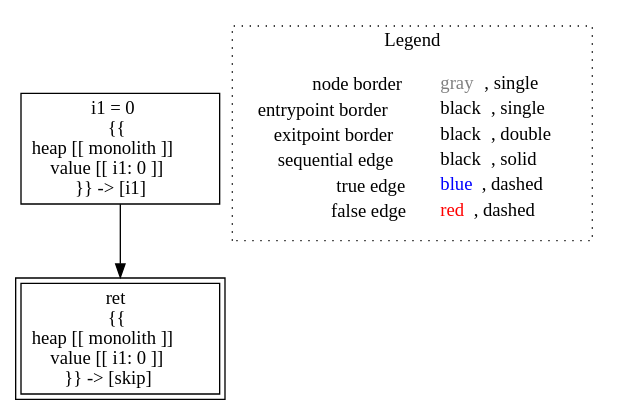
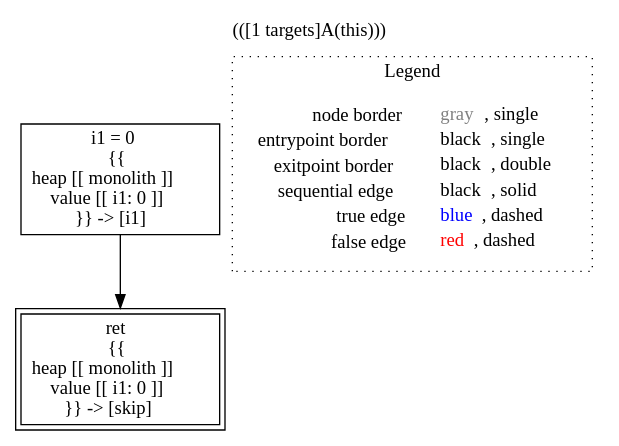
One commit to lisa-analyzer/lisa changed the diagram in lisa/imp-testcases/interprocedural/RTAContextSensitive2/analysis___-196327649_untyped_A.A(A_this).dot. Above: the diagram before and after it, drawn with Graphviz. The commit also changed 12 other files, not shown here.

```diff
--- a/lisa/imp-testcases/interprocedural/RTAContextSensitive2/analysis___-196327649_untyped_A.A(A_this).dot
+++ b/lisa/imp-testcases/interprocedural/RTAContextSensitive2/analysis___-196327649_untyped_A.A(A_this).dot
@@ -1,12 +1,14 @@
 digraph {
+	labelloc="t";
+	label="(([1 targets]A(this)))";
 	"node0" [shape="rect",color="black",label=<i1 = 0<BR/>{{<BR/>heap [[ monolith ]]<BR/>value [[ i1: 0 ]]<BR/>}} -&gt; [i1]>];
 	"node1" [shape="rect",color="black",peripheries="2",label=<ret<BR/>{{<BR/>heap [[ monolith ]]<BR/>value [[ i1: 0 ]]<BR/>}} -&gt; [skip]>];
 	"node0" -> "node1" [color="black"];
 subgraph cluster_legend {
 	label="Legend";
 	style=dotted;
 	node [shape=plaintext];
 	"legend" [label=<<table border="0" cellpadding="2" cellspacing="0" cellborder="0"><tr><td align="right">node border&nbsp;</td><td align="left"><font color="gray">gray</font>, single</td></tr><tr><td align="right">entrypoint border&nbsp;</td><td align="left"><font color="black">black</font>, single</td></tr><tr><td align="right">exitpoint border&nbsp;</td><td align="left"><font color="black">black</font>, double</td></tr><tr><td align="right">sequential edge&nbsp;</td><td align="left"><font color="black">black</font>, solid</td></tr><tr><td align="right">true edge&nbsp;</td><td align="left"><font color="blue">blue</font>, dashed</td></tr><tr><td align="right">false edge&nbsp;</td><td align="left"><font color="red">red</font>, dashed</td></tr></table>>];
 }
 
 }
```
